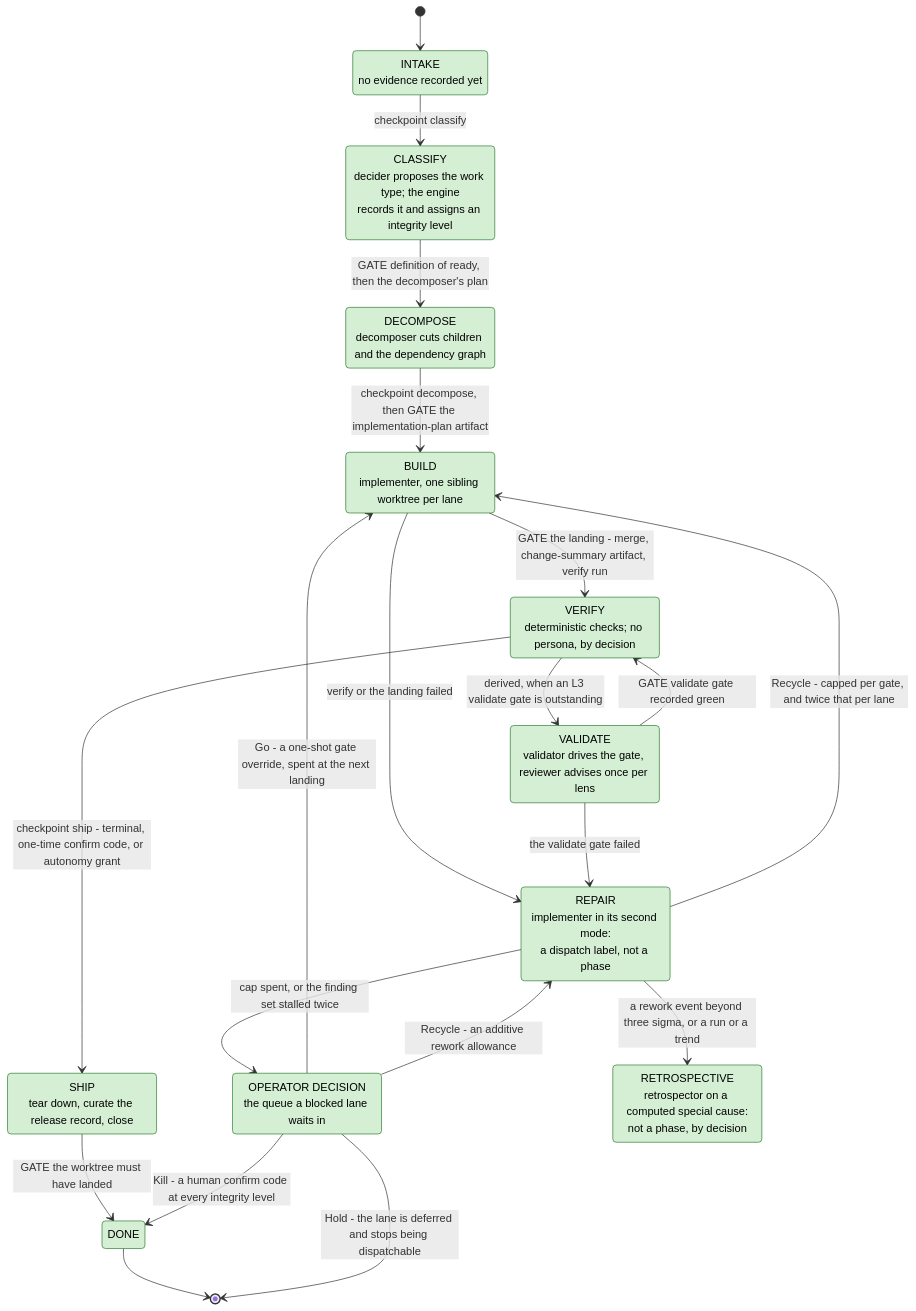
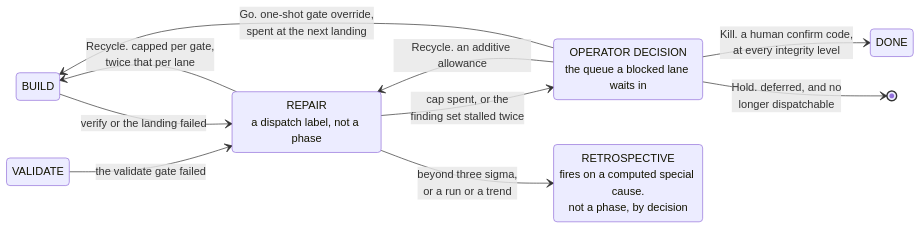
One commit to niksavis/basicly changed the sixth of 11 diagrams in docs/architecture/architecture.md. Above: the diagram before and after it, drawn with Mermaid. The commit also changed other lines of this file and 10 other files, not shown here.

````diff
--- a/docs/architecture/architecture.md
+++ b/docs/architecture/architecture.md
@@ -965,42 +1344,22 @@
 ```mermaid
 stateDiagram-v2
-  direction TB
+  direction LR
 
-  state "INTAKE<br/>no evidence recorded yet" as intake
-  state "CLASSIFY<br/>decider proposes the work type; the engine<br/>records it and assigns an integrity level" as classify
-  state "DECOMPOSE<br/>decomposer cuts children and the dependency graph" as decompose
-  state "BUILD<br/>implementer, one sibling worktree per lane" as build
-  state "REPAIR<br/>implementer in its second mode:<br/>a dispatch label, not a phase" as repair
-  state "VERIFY<br/>deterministic checks; no persona, by decision" as verify
-  state "VALIDATE<br/>validator drives the gate, reviewer advises once per lens" as validate
-  state "SHIP<br/>tear down, curate the release record, close" as ship
+  state "BUILD" as build
+  state "VALIDATE" as validate
+  state "REPAIR<br/>a dispatch label, not a phase" as repair
+  state "OPERATOR DECISION<br/>the queue a blocked lane waits in" as decision
+  state "RETROSPECTIVE<br/>fires on a computed special cause.<br/>not a phase, by decision" as retro
   state "DONE" as done
-  state "OPERATOR DECISION<br/>the queue a blocked lane waits in" as decision
-  state "RETROSPECTIVE<br/>retrospector on a computed special cause:<br/>not a phase, by decision" as retro
-
-  [*] --> intake
-  intake --> classify : checkpoint classify
-  classify --> decompose : GATE definition of ready, then the decomposer's plan
-  decompose --> build : checkpoint decompose, then GATE the implementation-plan artifact
-  build --> verify : GATE the landing - merge, change-summary artifact, verify run
-  verify --> validate : derived, when an L3 validate gate is outstanding
-  validate --> verify : GATE validate gate recorded green
-  verify --> ship : checkpoint ship - terminal, one-time confirm code, or autonomy grant
-  ship --> done : GATE the worktree must have landed
-  done --> [*]
 
   build --> repair : verify or the landing failed
   validate --> repair : the validate gate failed
-  repair --> build : Recycle - capped per gate, and twice that per lane
-  repair --> retro : a rework event beyond three sigma, or a run or a trend
-  repair --> decision : cap spent, or the finding set stalled twice
-  decision --> build : Go - a one-shot gate override, spent at the next landing
-  decision --> repair : Recycle - an additive rework allowance
-  decision --> [*] : Hold - the lane is deferred and stops being dispatchable
-  decision --> done : Kill - a human confirm code at every integrity level
+  repair --> build : Recycle. capped per gate,<br/>twice that per lane
+  repair --> retro : beyond three sigma,<br/>or a run or a trend
+  repair --> decision : cap spent, or the<br/>finding set stalled twice
 
-  classDef built fill:#d5efd5,stroke:#2e7d32,color:#000
-  classDef partial fill:#fff2cc,stroke:#e69500,color:#000
-  classDef designed fill:#f0f0f0,stroke:#9e9e9e,color:#000,stroke-dasharray:5 3
-  class intake,classify,decompose,build,verify,validate,done,repair,retro,decision,ship built
+  decision --> build : Go. one-shot gate override,<br/>spent at the next landing
+  decision --> repair : Recycle. an additive allowance
+  decision --> [*] : Hold. deferred, and no<br/>longer dispatchable
+  decision --> done : Kill. a human confirm code,<br/>at every integrity level
 ```
````
